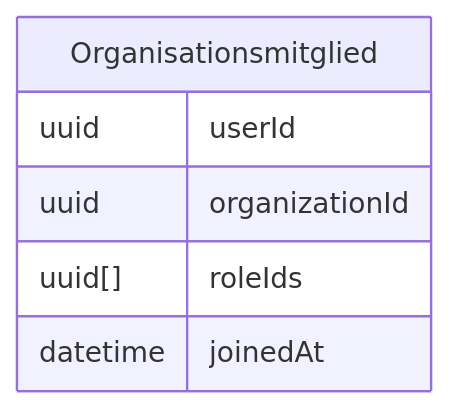
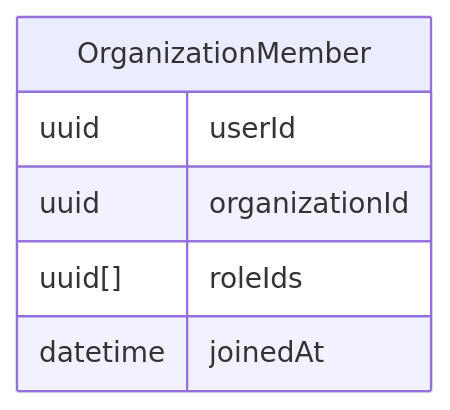
One commit to logto-io/docs changed the fifth of 7 diagrams in i18n/de/docusaurus-plugin-content-docs/current/use-cases/multi-tenancy/build-multi-tenant-saas-application.mdx. Above: the diagram before and after it, drawn with Mermaid. The commit also changed other lines of this file and 74 other files, not shown here.

````diff
--- a/i18n/de/docusaurus-plugin-content-docs/current/use-cases/multi-tenancy/build-multi-tenant-saas-application.mdx
+++ b/i18n/de/docusaurus-plugin-content-docs/current/use-cases/multi-tenancy/build-multi-tenant-saas-application.mdx
@@ -281,10 +281,10 @@
 ```mermaid
 erDiagram
-    Organisationsmitglied {
+    OrganizationMember {
         uuid userId
         uuid organizationId
         uuid[] roleIds
         datetime joinedAt
     }
 
 ```
````
